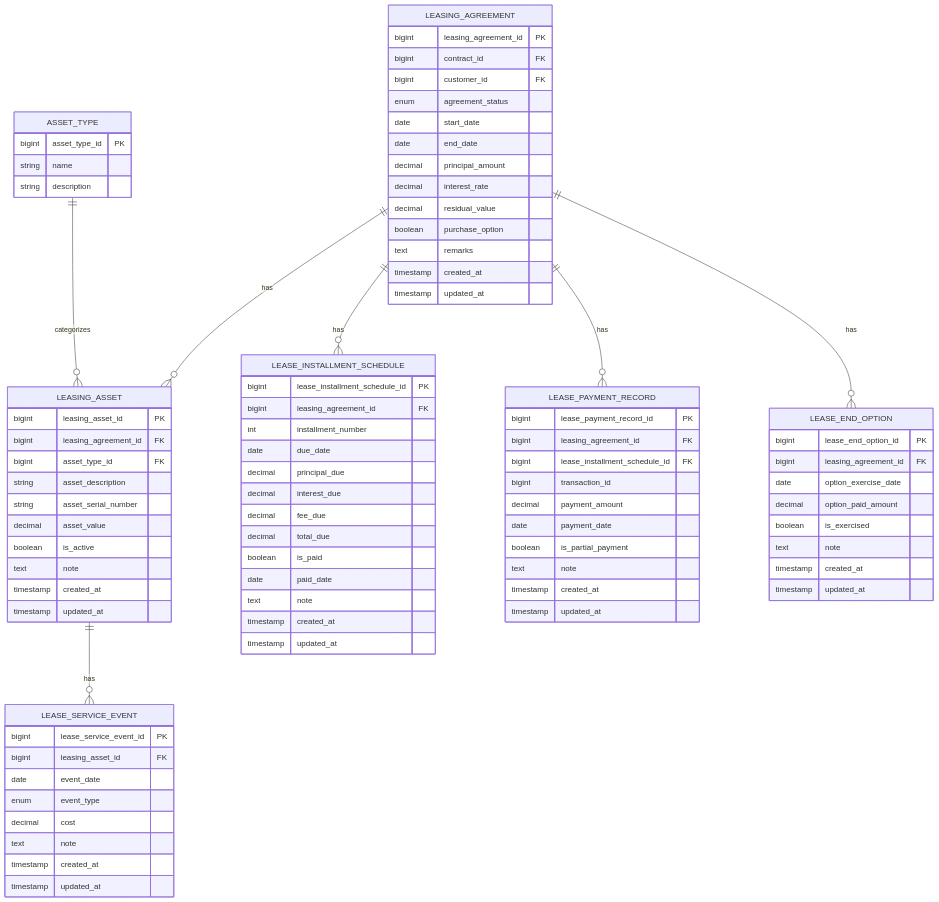
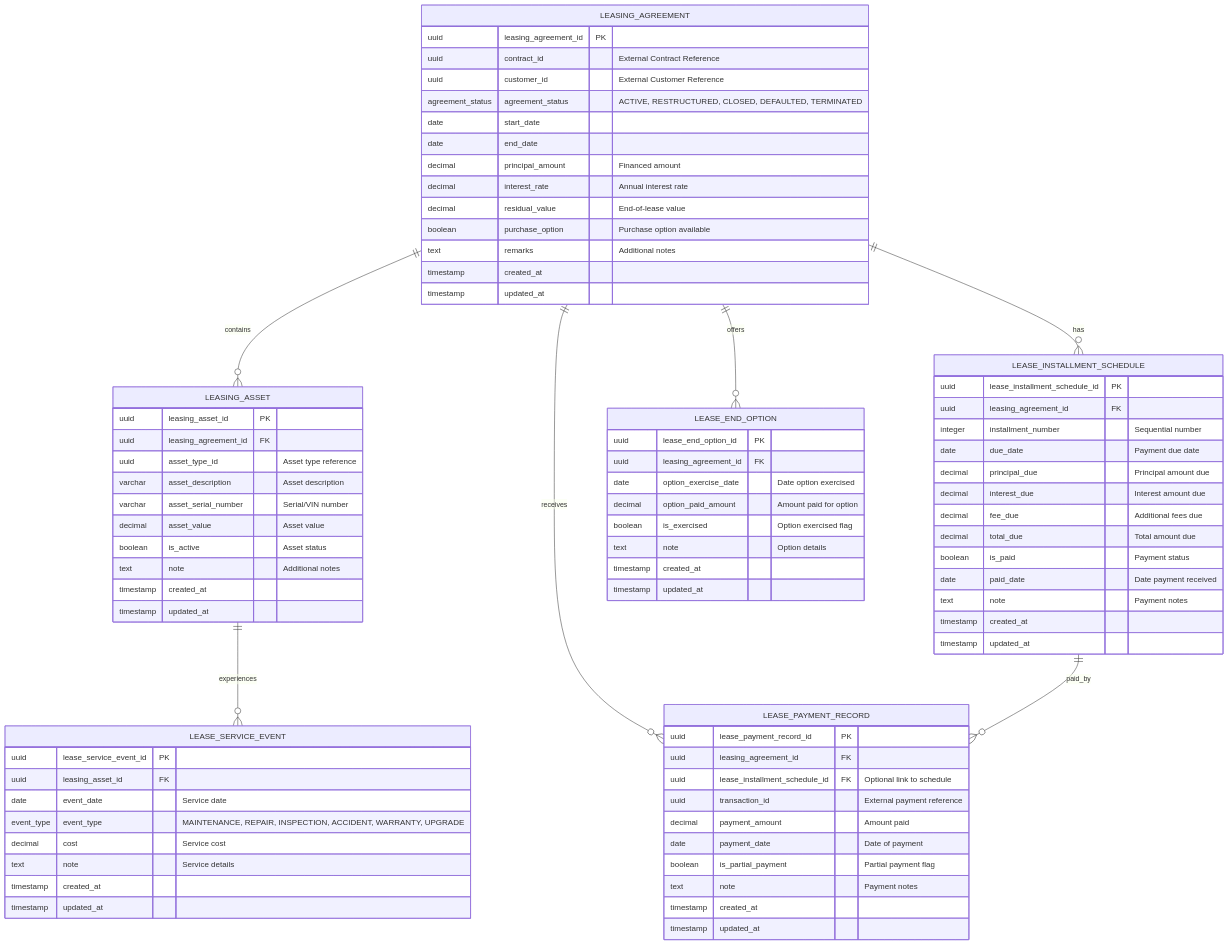
One commit to firefly-oss/core-lending-leasing changed the diagram in README.md. Above: the diagram before and after it, drawn with Mermaid. The commit also changed other lines of this file, not shown here.

````diff
--- a/README.md
+++ b/README.md
@@ -59,95 +71,89 @@
 ```mermaid
 erDiagram
-    LEASING_AGREEMENT ||--o{ LEASING_ASSET : "has"
+    LEASING_AGREEMENT ||--o{ LEASING_ASSET : "contains"
     LEASING_AGREEMENT ||--o{ LEASE_INSTALLMENT_SCHEDULE : "has"
-    LEASING_AGREEMENT ||--o{ LEASE_PAYMENT_RECORD : "has"
-    LEASING_AGREEMENT ||--o{ LEASE_END_OPTION : "has"
-    LEASING_ASSET ||--o{ LEASE_SERVICE_EVENT : "has"
-    ASSET_TYPE ||--o{ LEASING_ASSET : "categorizes"
+    LEASING_AGREEMENT ||--o{ LEASE_PAYMENT_RECORD : "receives"
+    LEASING_AGREEMENT ||--o{ LEASE_END_OPTION : "offers"
+    LEASING_ASSET ||--o{ LEASE_SERVICE_EVENT : "experiences"
+    LEASE_INSTALLMENT_SCHEDULE ||--o{ LEASE_PAYMENT_RECORD : "paid_by"
 
     LEASING_AGREEMENT {
-        bigint leasing_agreement_id PK
-        bigint contract_id FK
-        bigint customer_id FK
-        enum agreement_status
+        uuid leasing_agreement_id PK
+        uuid contract_id "External Contract Reference"
+        uuid customer_id "External Customer Reference"
+        agreement_status agreement_status "ACTIVE, RESTRUCTURED, CLOSED, DEFAULTED, TERMINATED"
         date start_date
         date end_date
-        decimal principal_amount
-        decimal interest_rate
-        decimal residual_value
-        boolean purchase_option
-        text remarks
+        decimal principal_amount "Financed amount"
+        decimal interest_rate "Annual interest rate"
+        decimal residual_value "End-of-lease value"
+        boolean purchase_option "Purchase option available"
+        text remarks "Additional notes"
         timestamp created_at
         timestamp updated_at
     }
 
     LEASING_ASSET {
-        bigint leasing_asset_id PK
-        bigint leasing_agreement_id FK
-        bigint asset_type_id FK
-        string asset_description
-        string asset_serial_number
-        decimal asset_value
-        boolean is_active
-        text note
+        uuid leasing_asset_id PK
+        uuid leasing_agreement_id FK
+        uuid asset_type_id "Asset type reference"
+        varchar asset_description "Asset description"
+        varchar asset_serial_number "Serial/VIN number"
+        decimal asset_value "Asset value"
+        boolean is_active "Asset status"
+        text note "Additional notes"
         timestamp created_at
         timestamp updated_at
     }
 
     LEASE_INSTALLMENT_SCHEDULE {
-        bigint lease_installment_schedule_id PK
-        bigint leasing_agreement_id FK
-        int installment_number
-        date due_date
-        decimal principal_due
-        decimal interest_due
-        decimal fee_due
-        decimal total_due
-        boolean is_paid
-        date paid_date
-        text note
+        uuid lease_installment_schedule_id PK
+        uuid leasing_agreement_id FK
+        integer installment_number "Sequential number"
+        date due_date "Payment due date"
+        decimal principal_due "Principal amount due"
+        decimal interest_due "Interest amount due"
+        decimal fee_due "Additional fees due"
+        decimal total_due "Total amount due"
+        boolean is_paid "Payment status"
+        date paid_date "Date payment received"
+        text note "Payment notes"
         timestamp created_at
         timestamp updated_at
     }
 
     LEASE_PAYMENT_RECORD {
-        bigint lease_payment_record_id PK
-        bigint leasing_agreement_id FK
-        bigint lease_installment_schedule_id FK
-        bigint transaction_id
-        decimal payment_amount
-        date payment_date
-        boolean is_partial_payment
-        text note
+        uuid lease_payment_record_id PK
+        uuid leasing_agreement_id FK
+        uuid lease_installment_schedule_id FK "Optional link to schedule"
+        uuid transaction_id "External payment reference"
+        decimal payment_amount "Amount paid"
+        date payment_date "Date of payment"
+        boolean is_partial_payment "Partial payment flag"
+        text note "Payment notes"
         timestamp created_at
         timestamp updated_at
     }
 
     LEASE_SERVICE_EVENT {
-        bigint lease_service_event_id PK
-        bigint leasing_asset_id FK
-        date event_date
-        enum event_type
-        decimal cost
-        text note
+        uuid lease_service_event_id PK
+        uuid leasing_asset_id FK
+        date event_date "Service date"
+        event_type event_type "MAINTENANCE, REPAIR, INSPECTION, ACCIDENT, WARRANTY, UPGRADE"
+        decimal cost "Service cost"
+        text note "Service details"
         timestamp created_at
         timestamp updated_at
     }
 
     LEASE_END_OPTION {
-        bigint lease_end_option_id PK
-        bigint leasing_agreement_id FK
-        date option_exercise_date
-        decimal option_paid_amount
-        boolean is_exercised
-        text note
+        uuid lease_end_option_id PK
+        uuid leasing_agreement_id FK
+        date option_exercise_date "Date option exercised"
+        decimal option_paid_amount "Amount paid for option"
+        boolean is_exercised "Option exercised flag"
+        text note "Option details"
         timestamp created_at
         timestamp updated_at
     }
-
-    ASSET_TYPE {
-        bigint asset_type_id PK
-        string name
-        string description
-    }
 ```
````
